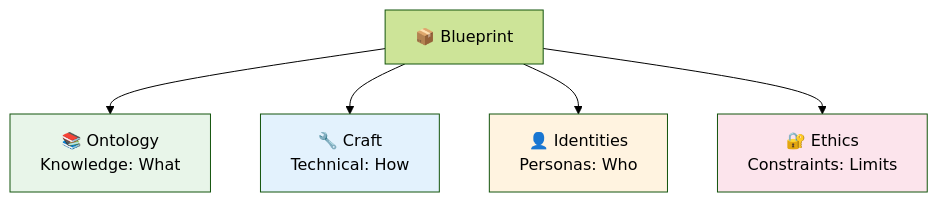
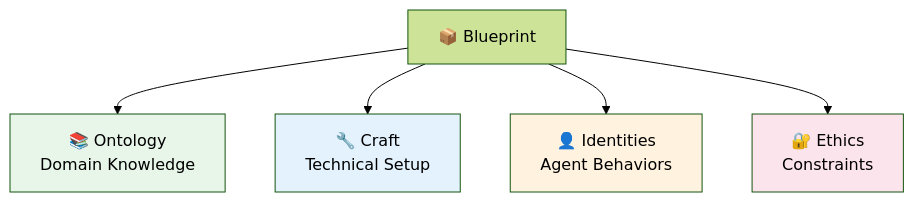
One commit to kittender/hyle changed the third of 3 diagrams in web/docs/concepts.md. Above: the diagram before and after it, drawn with Mermaid (forest theme). The commit also changed other lines of this file and 33 other files, not shown here.

````diff
--- a/web/docs/concepts.md
+++ b/web/docs/concepts.md
@@ -147,19 +102,19 @@
 ```mermaid
 graph TB
     Blueprint["📦 Blueprint"]
     
-    Ontology["📚 Ontology<br/>Knowledge: What"]
-    Craft["🔧 Craft<br/>Technical: How"]
-    Identities["👤 Identities<br/>Personas: Who"]
-    Ethics["🔐 Ethics<br/>Constraints: Limits"]
+    Ontology["📚 Ontology<br/>Domain Knowledge"]
+    Craft["🔧 Craft<br/>Technical Setup"]
+    Identities["👤 Identities<br/>Agent Behaviors"]
+    Ethics["🔐 Ethics<br/>Constraints"]
     
     Blueprint --> Ontology
     Blueprint --> Craft
     Blueprint --> Identities
     Blueprint --> Ethics
     
     style Ontology fill:#e8f5e9
     style Craft fill:#e3f2fd
     style Identities fill:#fff3e0
     style Ethics fill:#fce4ec
 ```
````
